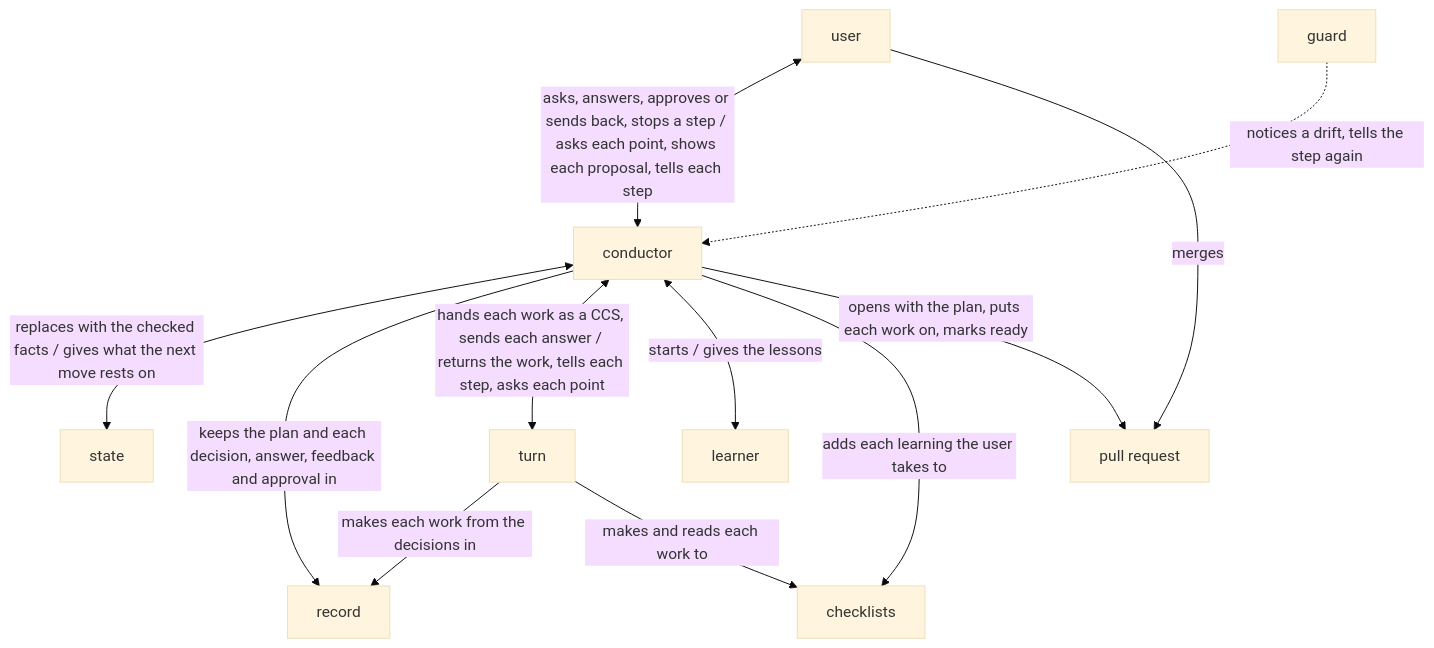
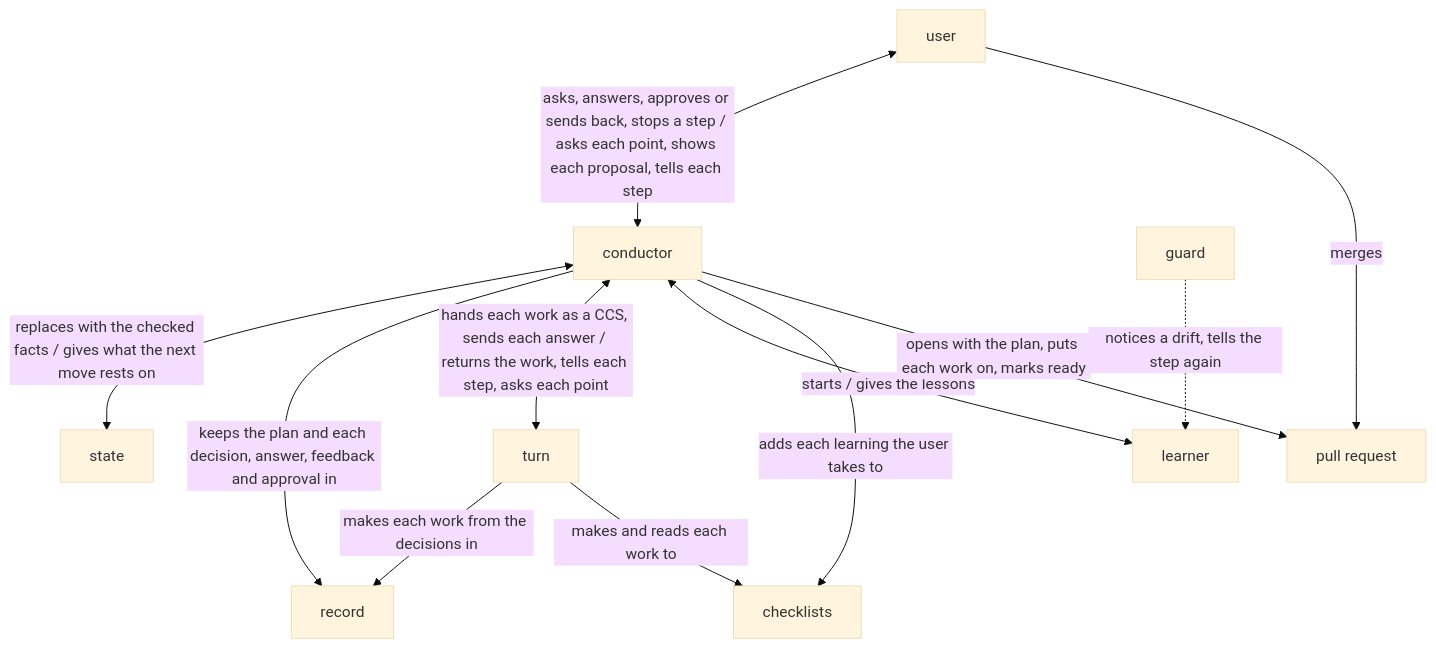
Before and after one commit to lovaizu/ccpm: the diagram in dev/rn/architecture.md, drawn with Mermaid (base theme). The commit also changed other lines of this file and 1 other file, not shown here.

Commit message:
rn's architecture held to how a plugin works on the guard: the conductor in the main conversation by rn's scripts, /rn:ty and branch protection, the learner by lane's guard; steering state

````diff
--- a/dev/rn/architecture.md
+++ b/dev/rn/architecture.md
@@ -33,23 +33,23 @@
 ```mermaid
 flowchart TB
   user["user"]
   cond["conductor"]
   state["state"]
   record["record"]
   turn["turn"]
   cl["checklists"]
   le["learner"]
   pr["pull request"]
   guard["guard"]
   user <-->|asks, answers, approves or sends back, stops a step / asks each point, shows each proposal, tells each step| cond
   cond <-->|replaces with the checked facts / gives what the next move rests on| state
   cond -->|keeps the plan and each decision, answer, feedback and approval in| record
   cond <-->|hands each work as a CCS, sends each answer / returns the work, tells each step, asks each point| turn
   turn -->|makes each work from the decisions in| record
   turn -->|makes and reads each work to| cl
   cond <-->|starts / gives the lessons| le
   cond -->|adds each learning the user takes to| cl
   cond -->|opens with the plan, puts each work on, marks ready| pr
   user -->|merges| pr
-  guard -.->|notices a drift, tells the step again| cond
+  guard -.->|notices a drift, tells the step again| le
 ```
````
